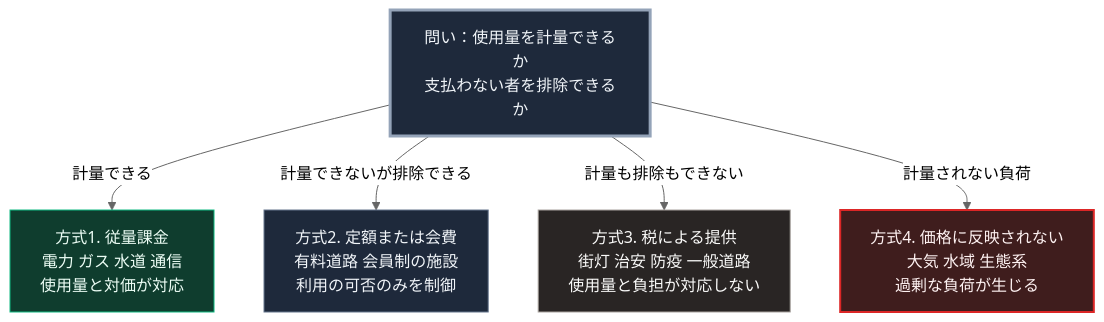
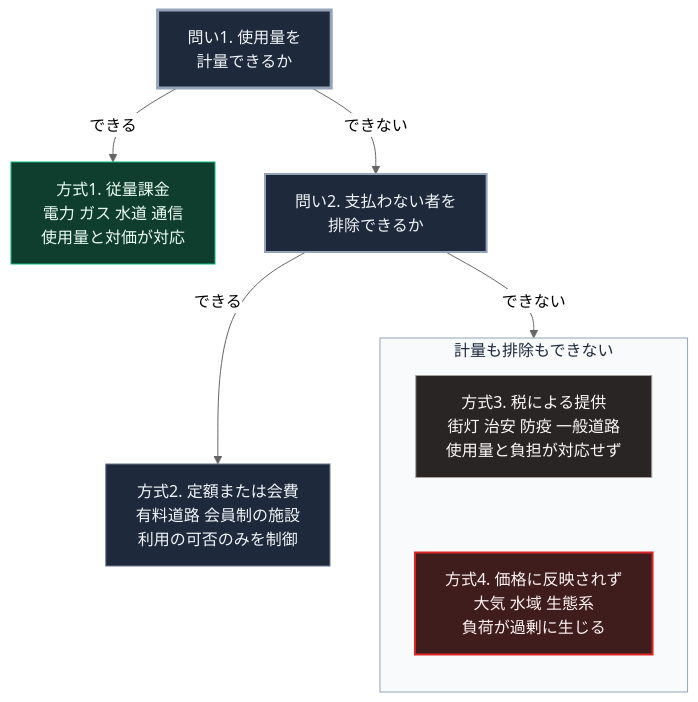
The diagram in books/sovereign-resilience-blueprint/07_politics-of-metering.md (Takenori-Kusaka/zenn-content), drawn with Mermaid (neutral theme) before and after one commit. The commit also changed other lines of this file and 114 other files, not shown here.

````diff
--- a/books/sovereign-resilience-blueprint/07_politics-of-metering.md
+++ b/books/sovereign-resilience-blueprint/07_politics-of-metering.md
@@ -77,15 +77,20 @@
 ```mermaid
 flowchart TD
-    Q[問い：使用量を計量できるか<br>支払わない者を排除できるか]
+    Q1[問い1. 使用量を<br>計量できるか]
+    Q1 -->|できる| A[方式1. 従量課金<br>電力 ガス 水道 通信<br>使用量と対価が対応]
+    Q1 -->|できない| Q2[問い2. 支払わない者を<br>排除できるか]
+    Q2 -->|できる| B[方式2. 定額または会費<br>有料道路 会員制の施設<br>利用の可否のみを制御]
+    Q2 -->|できない| G
+    subgraph G[計量も排除もできない]
+        direction TB
+        C[方式3. 税による提供<br>街灯 治安 防疫 一般道路<br>使用量と負担が対応せず] ~~~ D[方式4. 価格に反映されず<br>大気 水域 生態系<br>負荷が過剰に生じる]
+    end
 
-    Q -->|計量できる| A[方式1. 従量課金<br>電力 ガス 水道 通信<br>使用量と対価が対応]
-    Q -->|計量できないが排除できる| B[方式2. 定額または会費<br>有料道路 会員制の施設<br>利用の可否のみを制御]
-    Q -->|計量も排除もできない| C[方式3. 税による提供<br>街灯 治安 防疫 一般道路<br>使用量と負担が対応しない]
-    Q -->|計量されない負荷| D[方式4. 価格に反映されない<br>大気 水域 生態系<br>過剰な負荷が生じる]
-
-    style Q fill:#1e293b,stroke:#94a3b8,stroke-width:3px,color:#f1f5f9
+    style Q1 fill:#1e293b,stroke:#94a3b8,stroke-width:3px,color:#f1f5f9
+    style Q2 fill:#1e293b,stroke:#94a3b8,stroke-width:2px,color:#f1f5f9
+    style G fill:#f8fafc,stroke:#94a3b8,color:#1e293b
     style A fill:#0f3d2e,stroke:#10b981,color:#ecfdf5
     style B fill:#1e293b,stroke:#64748b,color:#f1f5f9
     style C fill:#292524,stroke:#a8a29e,color:#fafaf9
     style D fill:#3f1d1d,stroke:#dc2626,stroke-width:2px,color:#fef2f2
 ```
````
